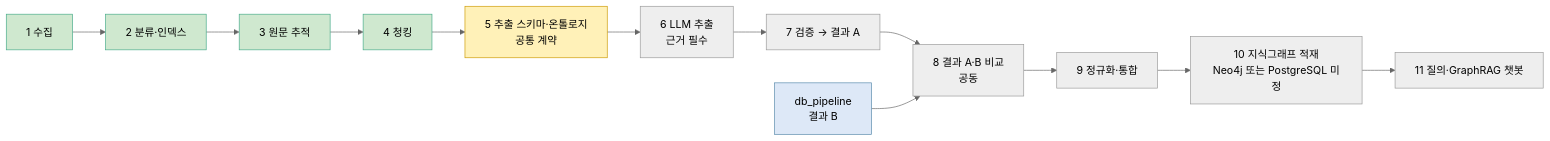
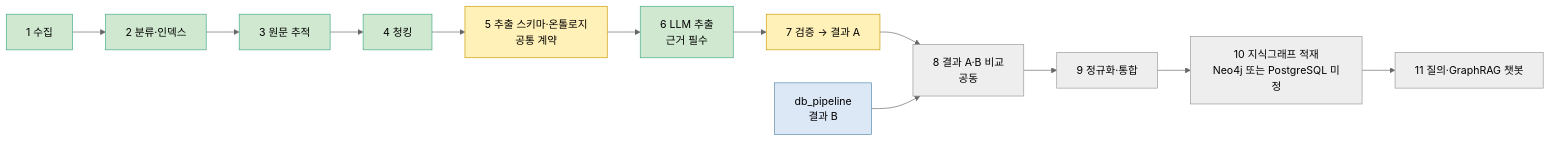
Before and after one commit to encore-ai-campus/mle-02-p2-team3: the second of 3 diagrams in docs/프로젝트-지도.md, drawn with Mermaid (neutral theme). The commit also changed other lines of this file and 18 other files, not shown here.

````diff
--- a/docs/프로젝트-지도.md
+++ b/docs/프로젝트-지도.md
@@ -29,19 +29,19 @@
 ```mermaid
 flowchart LR
     A[1 수집] --> B[2 분류·인덱스] --> C[3 원문 추적] --> D[4 청킹]
     D --> O[5 추출 스키마·온톨로지<br/>공통 계약]
     O --> E[6 LLM 추출<br/>근거 필수]
     E --> F[7 검증 → 결과 A]
     F --> CMP[8 결과 A·B 비교<br/>공동]
     DBP[db_pipeline<br/>결과 B]:::other --> CMP
     CMP --> N[9 정규화·통합]
     N --> KG[10 지식그래프 적재<br/>Neo4j 또는 PostgreSQL 미정]
     KG --> Q[11 질의·GraphRAG 챗봇]
     classDef done fill:#cfe8cf,stroke:#4a8
     classDef doing fill:#fff1b8,stroke:#c90
     classDef todo fill:#eee,stroke:#999
     classDef other fill:#dde8f7,stroke:#58a
-    class A,B,C,D done
-    class O doing
-    class E,F,CMP,N,KG,Q todo
+    class A,B,C,D,E done
+    class O,F doing
+    class CMP,N,KG,Q todo
 ```
````
